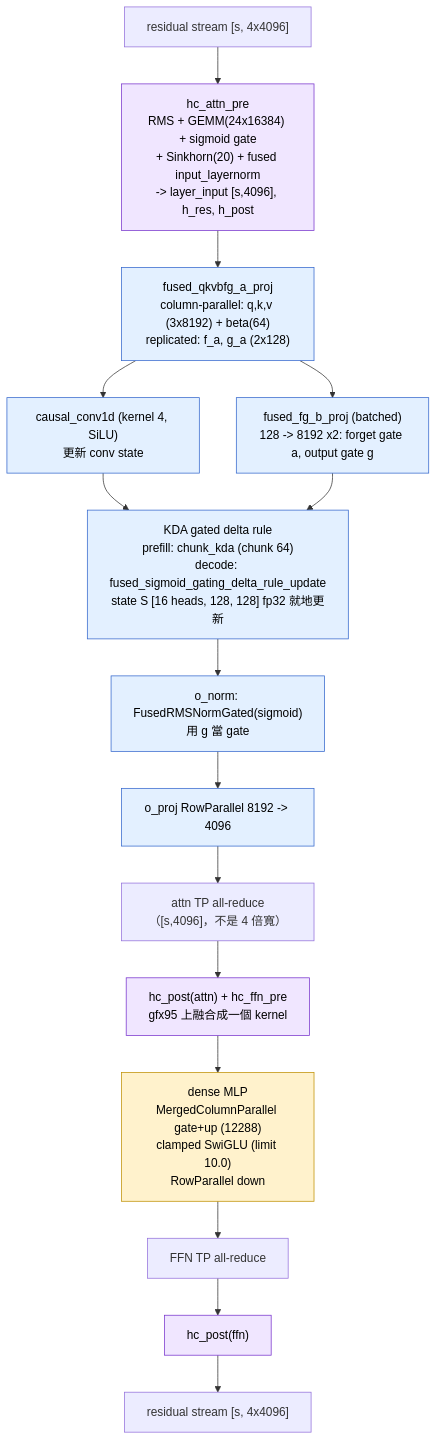
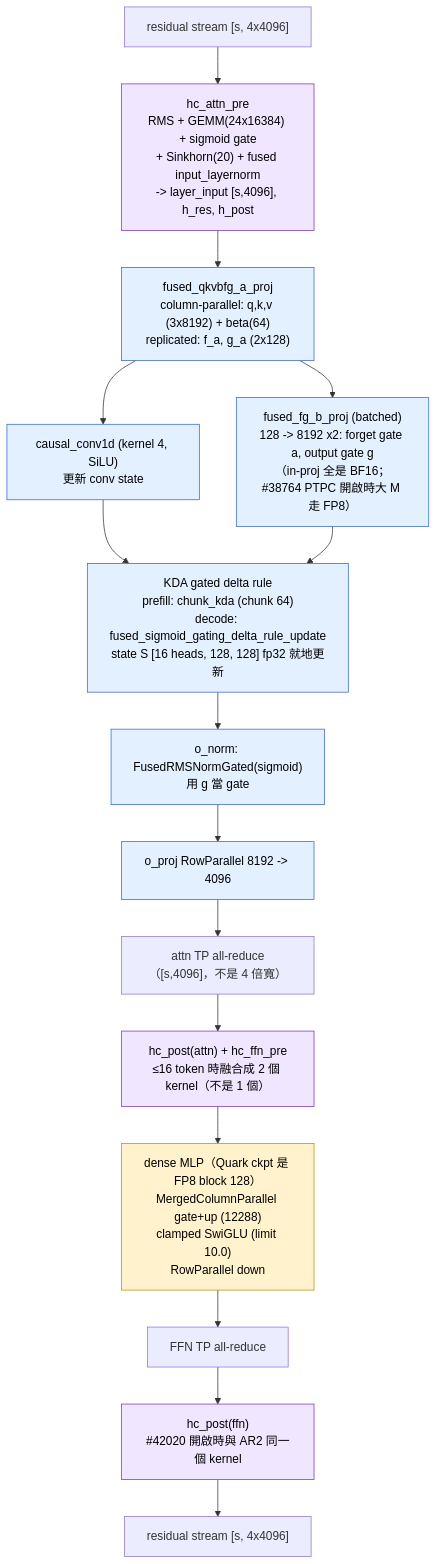
The second of 4 diagrams in GLM5.3-Flash/layer-structure.md (Jacob0226/AgentSkill), drawn with Mermaid before and after one commit. The commit also changed other lines of this file and 5 other files, not shown here.

````diff
--- a/GLM5.3-Flash/layer-structure.md
+++ b/GLM5.3-Flash/layer-structure.md
@@ -50,23 +54,23 @@
 ```mermaid
 flowchart TD
     IN["residual stream [s, 4x4096]"] --> HP1["hc_attn_pre<br/>RMS + GEMM(24x16384) + sigmoid gate<br/>+ Sinkhorn(20) + fused input_layernorm<br/>-> layer_input [s,4096], h_res, h_post"]
     HP1 --> QKV["fused_qkvbfg_a_proj<br/>column-parallel: q,k,v (3x8192) + beta(64)<br/>replicated: f_a, g_a (2x128)"]
-    QKV --> FGB["fused_fg_b_proj (batched)<br/>128 -> 8192 x2: forget gate a, output gate g"]
+    QKV --> FGB["fused_fg_b_proj (batched)<br/>128 -> 8192 x2: forget gate a, output gate g<br/>（in-proj 全是 BF16；#38764 PTPC 開啟時大 M 走 FP8）"]
     QKV --> CONV["causal_conv1d (kernel 4, SiLU)<br/>更新 conv state"]
     CONV --> KDA["KDA gated delta rule<br/>prefill: chunk_kda (chunk 64)<br/>decode: fused_sigmoid_gating_delta_rule_update<br/>state S [16 heads, 128, 128] fp32 就地更新"]
     FGB --> KDA
     KDA --> ON["o_norm: FusedRMSNormGated(sigmoid)<br/>用 g 當 gate"]
     ON --> OP["o_proj RowParallel 8192 -> 4096"]
     OP --> AR1["attn TP all-reduce（[s,4096]，不是 4 倍寬）"]
-    AR1 --> HQ1["hc_post(attn) + hc_ffn_pre<br/>gfx95 上融合成一個 kernel"]
-    HQ1 --> MLP["dense MLP<br/>MergedColumnParallel gate+up (12288)<br/>clamped SwiGLU (limit 10.0)<br/>RowParallel down"]
+    AR1 --> HQ1["hc_post(attn) + hc_ffn_pre<br/>≤16 token 時融合成 2 個 kernel（不是 1 個）"]
+    HQ1 --> MLP["dense MLP（Quark ckpt 是 FP8 block 128）<br/>MergedColumnParallel gate+up (12288)<br/>clamped SwiGLU (limit 10.0)<br/>RowParallel down"]
     MLP --> AR2["FFN TP all-reduce"]
-    AR2 --> HQ2["hc_post(ffn)"] --> OUT["residual stream [s, 4x4096]"]
+    AR2 --> HQ2["hc_post(ffn)<br/>#42020 開啟時與 AR2 同一個 kernel"] --> OUT["residual stream [s, 4x4096]"]
 
     classDef hc fill:#f0e6ff,stroke:#7733cc,color:#000
     classDef kda fill:#e3f0ff,stroke:#3366cc,color:#000
     classDef ffn fill:#fff2cc,stroke:#bf9000,color:#000
     class HP1,HQ1,HQ2 hc
     class QKV,FGB,CONV,KDA,ON,OP kda
     class MLP ffn
 ```
````
